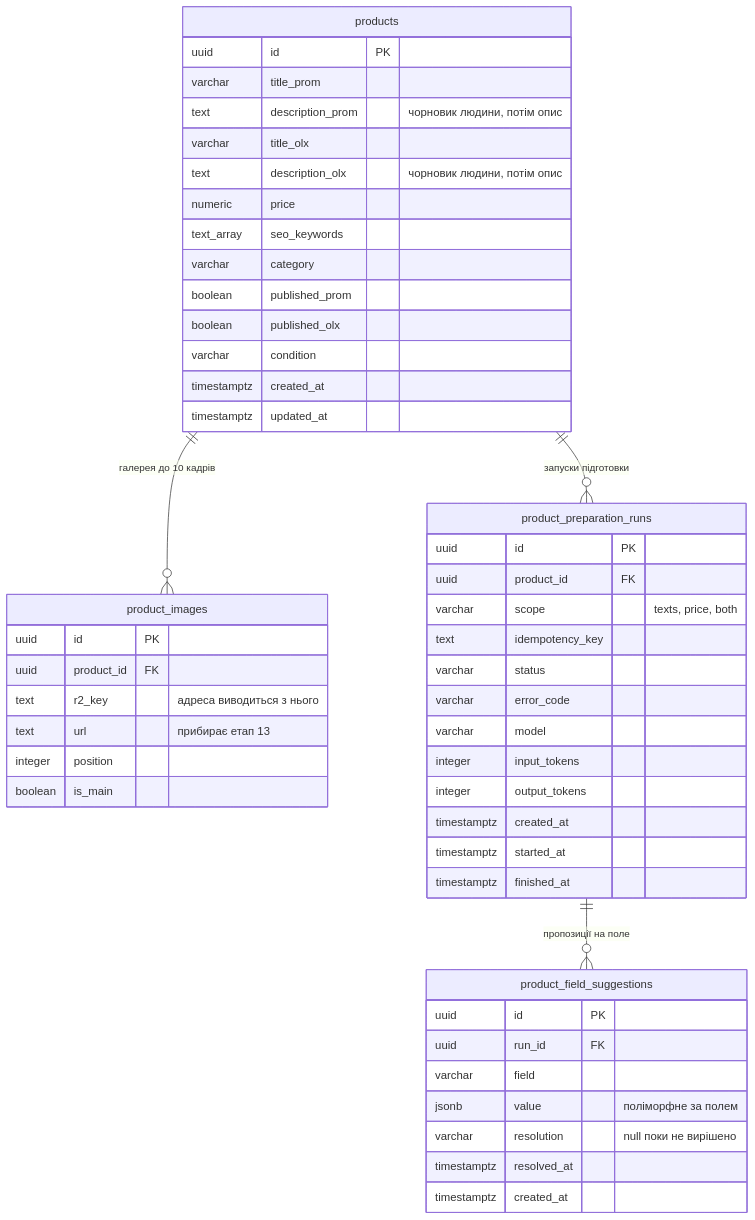
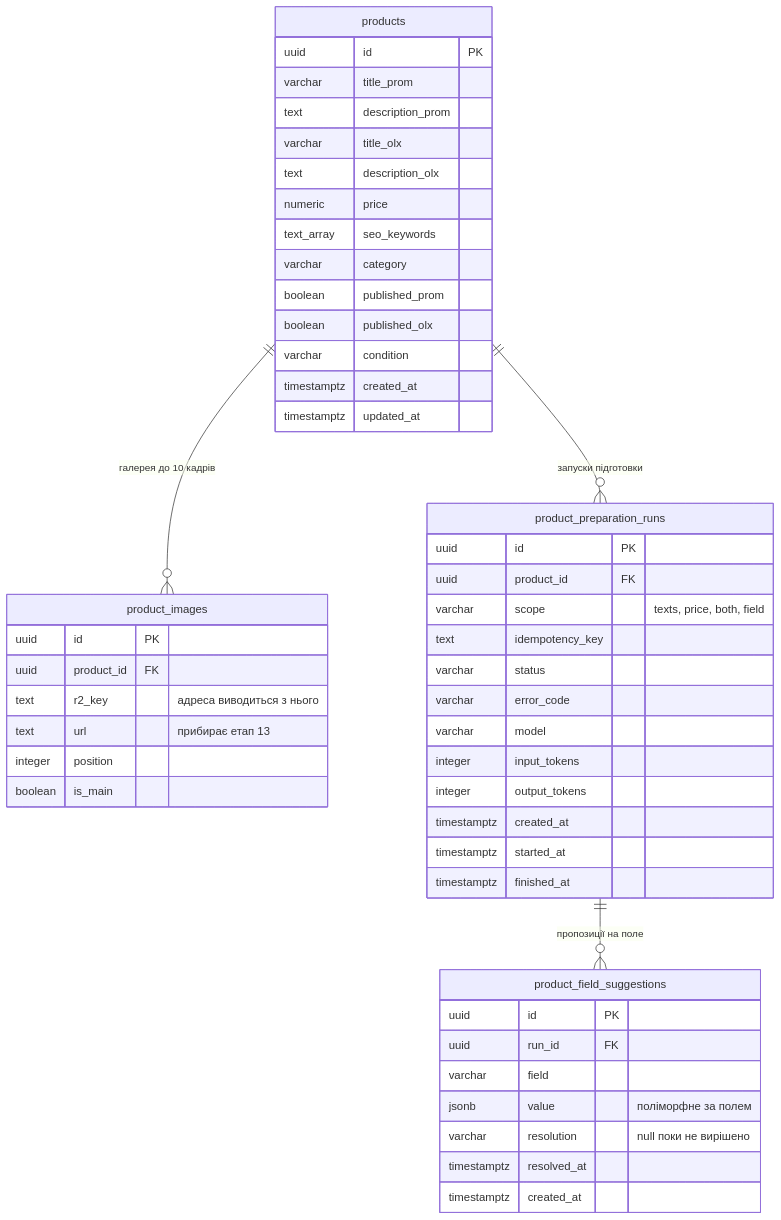
The diagram in docs/features/product-creation-flow/data-model.md (sergy-litkovskiy/mouse-springconsult), drawn with Mermaid before and after one commit. The commit also changed other lines of this file and 26 other files, not shown here.

Commit message:
update add/edit product flow

````diff
--- a/docs/features/product-creation-flow/data-model.md
+++ b/docs/features/product-creation-flow/data-model.md
@@ -37,56 +37,56 @@
 ```mermaid
 erDiagram
     products ||--o{ product_images : "галерея до 10 кадрів"
     products ||--o{ product_preparation_runs : "запуски підготовки"
     product_preparation_runs ||--o{ product_field_suggestions : "пропозиції на поле"
 
     products {
         uuid id PK
         varchar title_prom
-        text description_prom "чорновик людини, потім опис"
+        text description_prom
         varchar title_olx
-        text description_olx "чорновик людини, потім опис"
+        text description_olx
         numeric price
         text_array seo_keywords
         varchar category
         boolean published_prom
         boolean published_olx
         varchar condition
         timestamptz created_at
         timestamptz updated_at
     }
 
     product_images {
         uuid id PK
         uuid product_id FK
         text r2_key "адреса виводиться з нього"
         text url "прибирає етап 13"
         integer position
         boolean is_main
     }
 
     product_preparation_runs {
         uuid id PK
         uuid product_id FK
-        varchar scope "texts, price, both"
+        varchar scope "texts, price, both, field"
         text idempotency_key
         varchar status
         varchar error_code
         varchar model
         integer input_tokens
         integer output_tokens
         timestamptz created_at
         timestamptz started_at
         timestamptz finished_at
     }
 
     product_field_suggestions {
         uuid id PK
         uuid run_id FK
         varchar field
         jsonb value "поліморфне за полем"
         varchar resolution "null поки не вирішено"
         timestamptz resolved_at
         timestamptz created_at
     }
 ```
````
